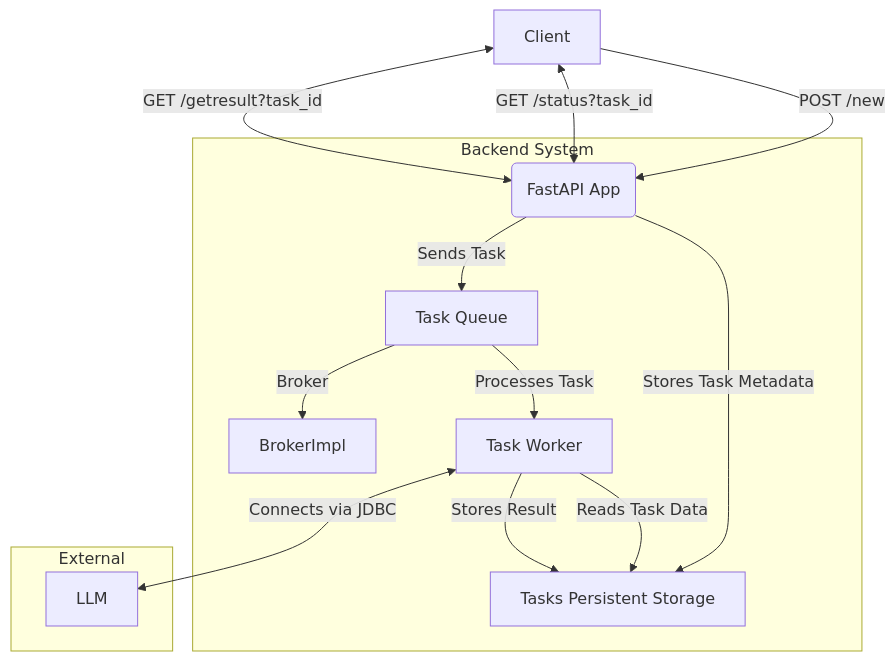
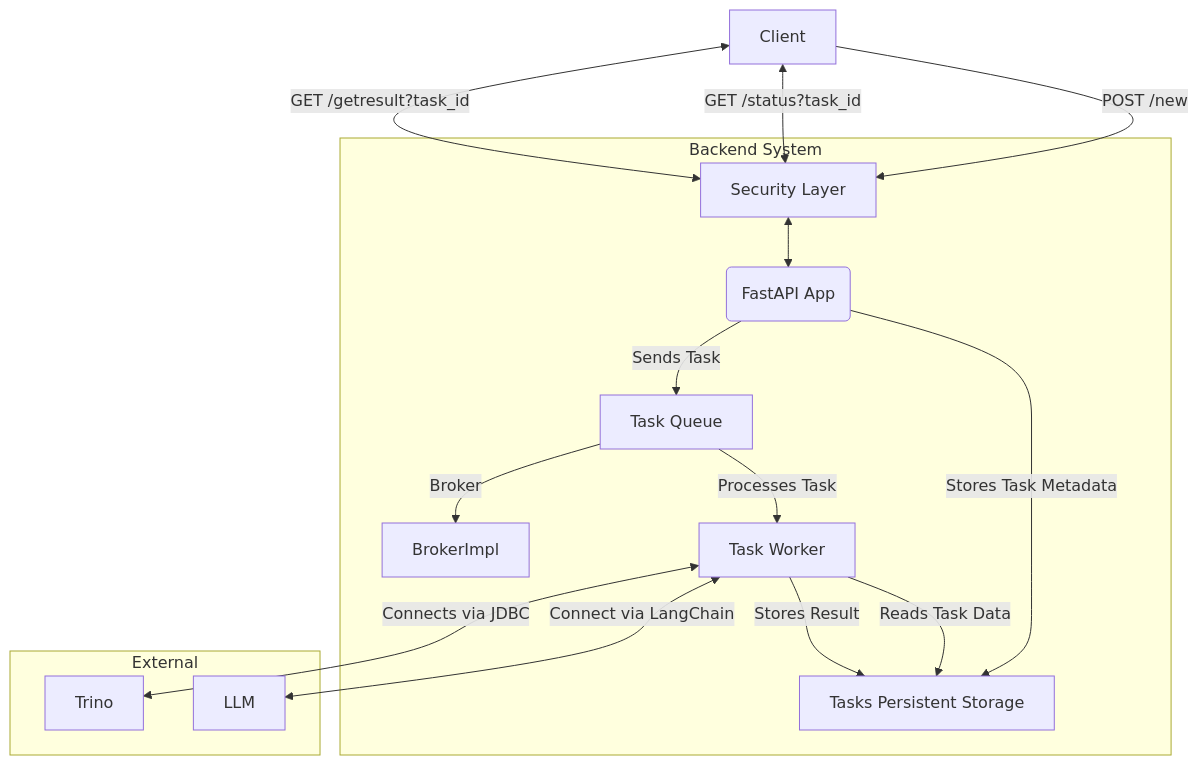
One commit to gerakolen/lct changed the diagram in README.md. Above: the diagram before and after it, drawn with Mermaid. The commit also changed 18 other files, not shown here.

First line of the commit message:
feat: add trino client (explain endpoint), sorting request queries by runquantity (#5)

````diff
--- a/README.md
+++ b/README.md
@@ -6,28 +6,32 @@
 ```mermaid
 graph TD
-    A[Client] -->|POST /new| B(FastAPI App)
-    A <--> |GET /status?task_id| B    
-    A <-->|GET /getresult?task_id| B
+    A[Client] -->|POST /new| H[Security Layer]
+    A <--> |GET /status?task_id| H
+    A <-->|GET /getresult?task_id| H
+
+    H <--> B(FastAPI App)
 
     B -->|Stores Task Metadata| C[Tasks Persistent Storage]
     B -->|Sends Task| D[Task Queue]
     D -->|Broker| E[BrokerImpl]
     D -->|Processes Task| F[Task Worker]
     
-    F -->  |Reads Task Data| C
-    F <--> |Connects via JDBC| G[LLM]
-    F -->  |Stores Result| C
-
+    F -->|Reads Task Data| C
+    F <--> |Connects via JDBC| I[Trino]
+    F <--> |Connect via LangChain| G[LLM]
+    F -->|Stores Result| C
 
     subgraph Backend System
         B
         C
         D
         E
         F
+        H
     end
 
     subgraph External
         G
+        I
     end
 ```
````
